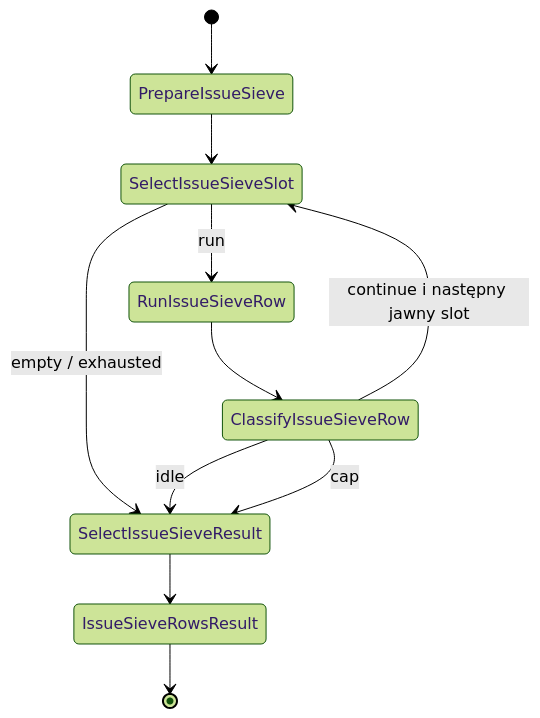
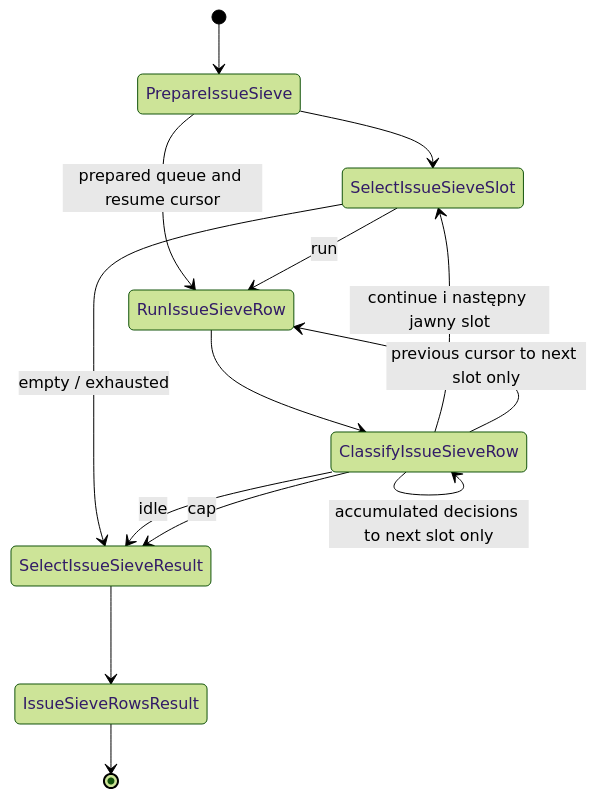
One commit to mikolaj92/lokay changed diagram 30 of 45 in README.md. Above: the diagram before and after it, drawn with Mermaid (forest theme). The commit also changed other lines of this file and 22 other files, not shown here.

First line of the commit message:
fix(delivery): advance serial issue queue, hand off sieve decisions, and report host sync failures

````diff
--- a/README.md
+++ b/README.md
@@ -943,13 +947,16 @@
 ```mermaid
 stateDiagram-v2
     [*] --> PrepareIssueSieve
     PrepareIssueSieve --> SelectIssueSieveSlot
+    PrepareIssueSieve --> RunIssueSieveRow: prepared queue and resume cursor
     SelectIssueSieveSlot --> RunIssueSieveRow: run
     SelectIssueSieveSlot --> SelectIssueSieveResult: empty / exhausted
     RunIssueSieveRow --> ClassifyIssueSieveRow
     ClassifyIssueSieveRow --> SelectIssueSieveSlot: continue i następny jawny slot
+    ClassifyIssueSieveRow --> RunIssueSieveRow: previous cursor to next slot only
+    ClassifyIssueSieveRow --> ClassifyIssueSieveRow: accumulated decisions to next slot only
     ClassifyIssueSieveRow --> SelectIssueSieveResult: idle
     ClassifyIssueSieveRow --> SelectIssueSieveResult: cap
     SelectIssueSieveResult --> IssueSieveRowsResult
     IssueSieveRowsResult --> [*]
 ```
````
